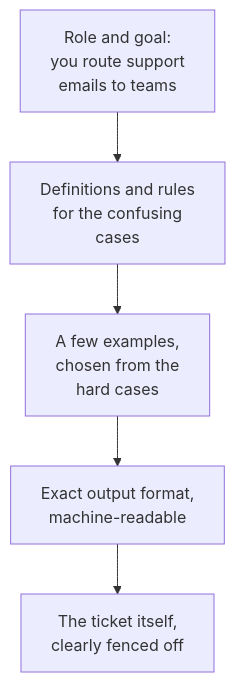
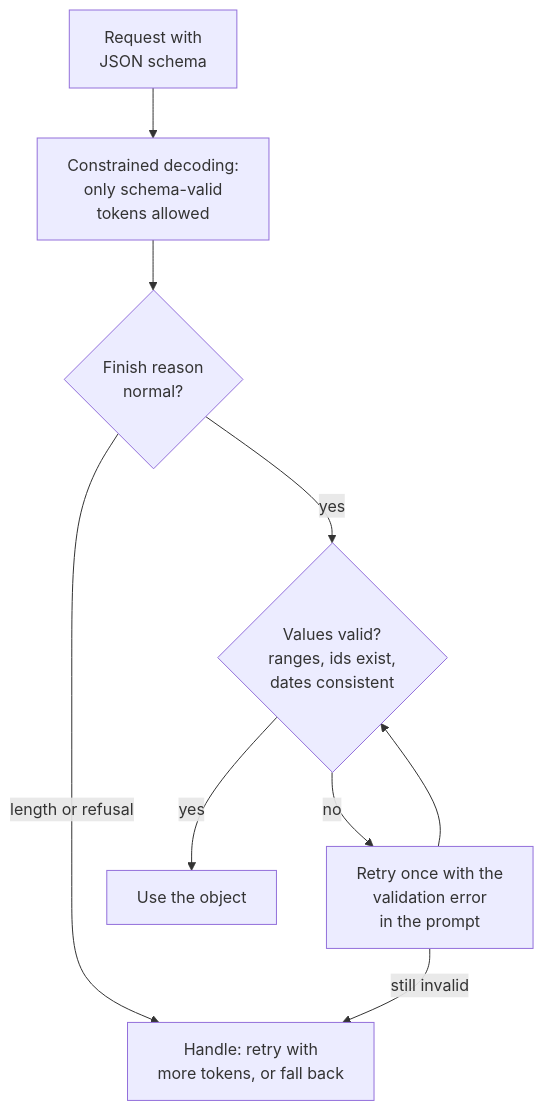
Before and after one commit to shubamchaudhary/CodeNITW: the eighth of 10 diagrams in src/Data/aiStackDocs/CH-01.md, drawn with Mermaid. The commit also changed other lines of this file and 52 other files, not shown here.

````diff
--- a/src/Data/aiStackDocs/CH-01.md
+++ b/src/Data/aiStackDocs/CH-01.md
@@ -227,7 +283,11 @@
 ```mermaid
-flowchart TB
-    R["Role and goal:<br/>you route support<br/>emails to teams"] --> C["Definitions and rules<br/>for the confusing<br/>cases"]
-    C --> E["A few examples,<br/>chosen from the<br/>hard cases"]
-    E --> F["Exact output format,<br/>machine-readable"]
-    F --> I["The ticket itself,<br/>clearly fenced off"]
+flowchart TD
+    RQ["Request with<br/>JSON schema"] --> CD["Constrained decoding:<br/>only schema-valid<br/>tokens allowed"]
+    CD --> FR{"Finish reason<br/>normal?"}
+    FR -->|"length or refusal"| ESC["Handle: retry with<br/>more tokens, or fall back"]
+    FR -->|"yes"| SV{"Values valid?<br/>ranges, ids exist,<br/>dates consistent"}
+    SV -->|"yes"| OK["Use the object"]
+    SV -->|"no"| RP["Retry once with the<br/>validation error<br/>in the prompt"]
+    RP --> SV
+    RP -->|"still invalid"| ESC
 ```
````
